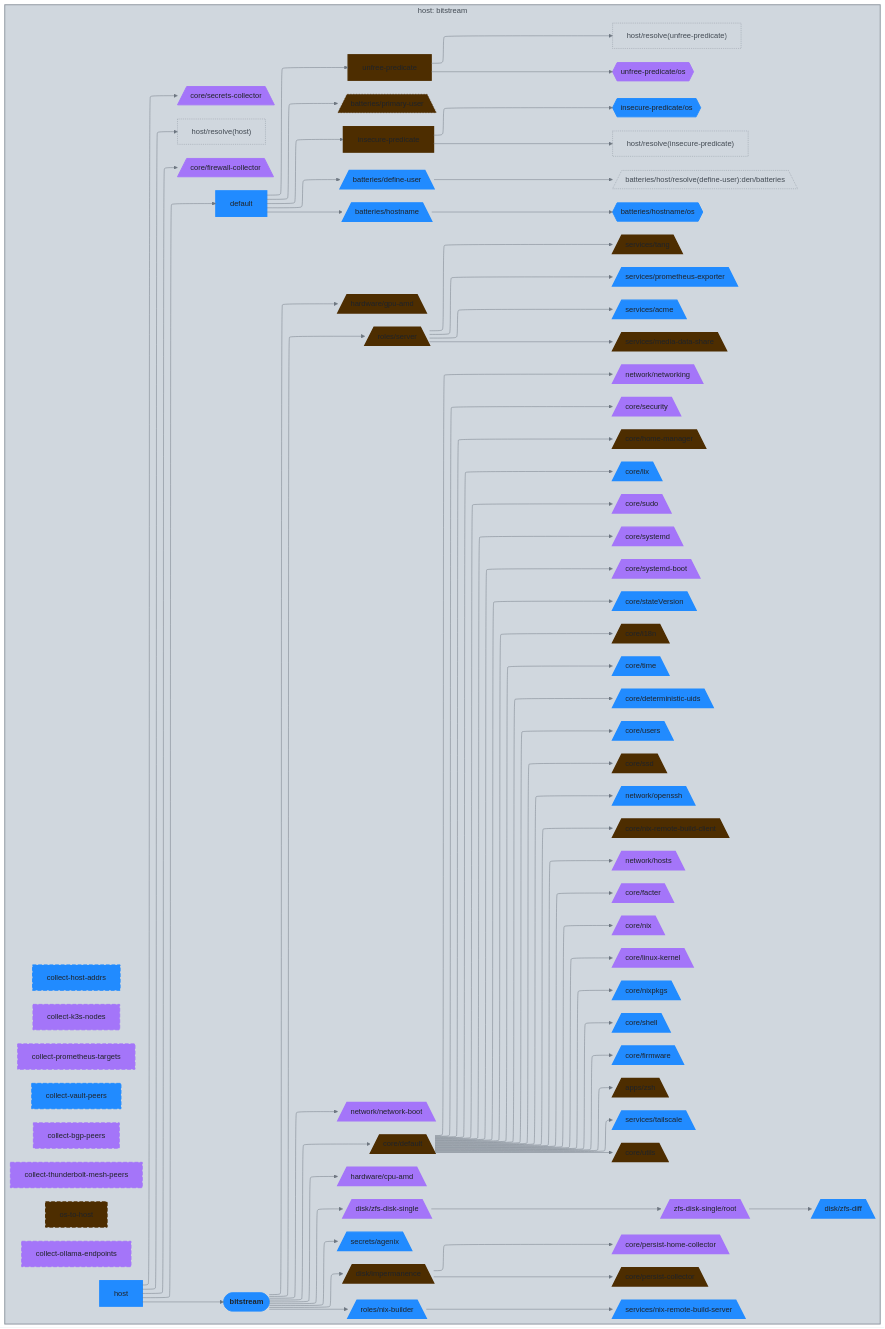
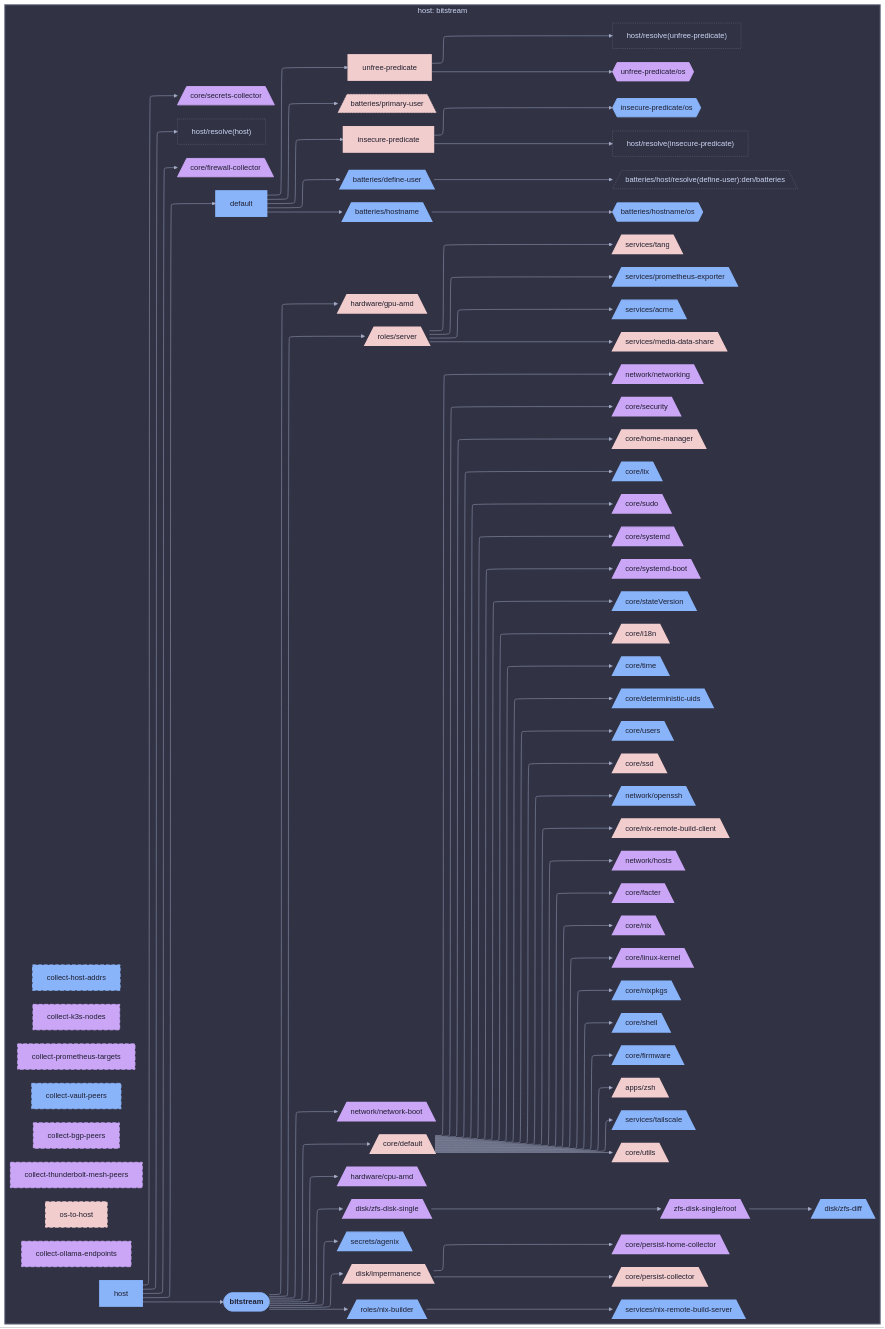
One commit to sini/nix-config changed the diagram in diagrams/hosts/bitstream/dag.md. Above: the diagram before and after it, drawn with Mermaid. The commit also changed 142 other files, not shown here.

First line of the commit message:
feat(diagrams): use projectScope for per-host/user views

````diff
--- a/diagrams/hosts/bitstream/dag.md
+++ b/diagrams/hosts/bitstream/dag.md
@@ -5,5 +5,5 @@
 ```mermaid
-%%{init: {"elk":{"mergeEdges":true,"nodePlacementStrategy":"BRANDES_KOEPF"},"flowchart":{"wrappingWidth":600},"layout":"elk","theme":"base","themeVariables":{"activationBkgColor":"#d0d7de","activationBorderColor":"#8c959f","actorBkg":"#d0d7de","actorBorder":"#6e7781","actorLineColor":"#6e7781","actorTextColor":"#424a53","background":"#eaeef2","classText":"#424a53","clusterBkg":"#d0d7de","clusterBorder":"#8c959f","edgeLabelBackground":"#eaeef2","labelBoxBkgColor":"#d0d7de","labelBoxBorderColor":"#6e7781","labelTextColor":"#424a53","lineColor":"#6e7781","loopTextColor":"#424a53","mainBkg":"#d0d7de","nodeBkg":"#d0d7de","nodeBorder":"#6e7781","nodeTextColor":"#424a53","noteBkgColor":"#d0d7de","noteBorderColor":"#8c959f","noteTextColor":"#424a53","pie1":"#fa4549","pie2":"#e16f24","pie3":"#bf8700","pie4":"#2da44e","pie5":"#339D9B","pie6":"#218bff","pie7":"#a475f9","pie8":"#4d2d00","pieLegendTextColor":"#424a53","pieOuterStrokeColor":"#8c959f","pieSectionTextColor":"#424a53","pieStrokeColor":"#8c959f","pieTitleTextColor":"#424a53","primaryBorderColor":"#6e7781","primaryColor":"#d0d7de","primaryTextColor":"#424a53","secondBkg":"#d0d7de","secondaryBorderColor":"#8c959f","secondaryColor":"#d0d7de","secondaryTextColor":"#424a53","sequenceNumberColor":"#eaeef2","signalColor":"#6e7781","signalTextColor":"#424a53","tertiaryBorderColor":"#8c959f","tertiaryColor":"#d0d7de","tertiaryTextColor":"#424a53","textColor":"#424a53","titleColor":"#424a53"}}}%%
+%%{init: {"elk":{"mergeEdges":true,"nodePlacementStrategy":"BRANDES_KOEPF"},"flowchart":{"wrappingWidth":600},"layout":"elk","theme":"base","themeVariables":{"activationBkgColor":"#313244","activationBorderColor":"#6c7086","actorBkg":"#313244","actorBorder":"#a6adc8","actorLineColor":"#a6adc8","actorTextColor":"#cdd6f4","background":"#1e1e2e","classText":"#cdd6f4","clusterBkg":"#313244","clusterBorder":"#6c7086","edgeLabelBackground":"#1e1e2e","labelBoxBkgColor":"#313244","labelBoxBorderColor":"#a6adc8","labelTextColor":"#cdd6f4","lineColor":"#a6adc8","loopTextColor":"#cdd6f4","mainBkg":"#313244","nodeBkg":"#313244","nodeBorder":"#a6adc8","nodeTextColor":"#cdd6f4","noteBkgColor":"#313244","noteBorderColor":"#6c7086","noteTextColor":"#cdd6f4","pie1":"#f38ba8","pie2":"#fab387","pie3":"#f9e2af","pie4":"#a6e3a1","pie5":"#94e2d5","pie6":"#89b4fa","pie7":"#cba6f7","pie8":"#f2cdcd","pieLegendTextColor":"#cdd6f4","pieOuterStrokeColor":"#6c7086","pieSectionTextColor":"#cdd6f4","pieStrokeColor":"#6c7086","pieTitleTextColor":"#cdd6f4","primaryBorderColor":"#a6adc8","primaryColor":"#313244","primaryTextColor":"#cdd6f4","secondBkg":"#313244","secondaryBorderColor":"#6c7086","secondaryColor":"#313244","secondaryTextColor":"#cdd6f4","sequenceNumberColor":"#1e1e2e","signalColor":"#a6adc8","signalTextColor":"#cdd6f4","tertiaryBorderColor":"#6c7086","tertiaryColor":"#313244","tertiaryTextColor":"#cdd6f4","textColor":"#cdd6f4","titleColor":"#cdd6f4"}}}%%
 graph LR
   bitstream([bitstream]):::root
 
@@ -137,82 +137,82 @@
   end
 
 
-  classDef root fill:#218bff,stroke:#218bff,color:#1f2328,font-weight:bold
-  classDef services__acme_c fill:#218bff,stroke:#218bff,color:#1f2328,stroke-width:3px
-  classDef secrets__agenix_c fill:#218bff,stroke:#218bff,color:#1f2328,stroke-width:3px
-  classDef apps_c fill:#2da44e,stroke:#2da44e,color:#1f2328,stroke-dasharray: 3 3,stroke-width:1px
-  classDef bitstream_c fill:#a475f9,stroke:#a475f9,color:#1f2328,stroke-width:3px
-  classDef collect_bgp_peers_c fill:#a475f9,stroke:#a475f9,color:#1f2328,stroke-width:2px,stroke-dasharray: 8 4
-  classDef collect_host_addrs_c fill:#218bff,stroke:#218bff,color:#1f2328,stroke-width:2px,stroke-dasharray: 8 4
-  classDef collect_k3s_nodes_c fill:#a475f9,stroke:#a475f9,color:#1f2328,stroke-width:2px,stroke-dasharray: 8 4
-  classDef collect_ollama_endpoints_c fill:#a475f9,stroke:#a475f9,color:#1f2328,stroke-width:2px,stroke-dasharray: 8 4
-  classDef collect_prometheus_targets_c fill:#a475f9,stroke:#a475f9,color:#1f2328,stroke-width:2px,stroke-dasharray: 8 4
-  classDef collect_thunderbolt_mesh_peers_c fill:#a475f9,stroke:#a475f9,color:#1f2328,stroke-width:2px,stroke-dasharray: 8 4
-  classDef collect_vault_peers_c fill:#218bff,stroke:#218bff,color:#1f2328,stroke-width:2px,stroke-dasharray: 8 4
-  classDef core_c fill:#bf8700,stroke:#bf8700,color:#1f2328,stroke-dasharray: 3 3,stroke-width:1px
-  classDef hardware__cpu_amd_c fill:#a475f9,stroke:#a475f9,color:#1f2328,stroke-width:3px
-  classDef core__default_c fill:#4d2d00,stroke:#4d2d00,color:#1f2328,stroke-width:3px
-  classDef n_default_c fill:#218bff,stroke:#218bff,color:#1f2328,stroke-width:3px
-  classDef den__batteries__define_user_c fill:#218bff,stroke:#218bff,color:#1f2328,stroke-width:3px
-  classDef core__deterministic_uids_c fill:#218bff,stroke:#218bff,color:#1f2328,stroke-width:3px
-  classDef disk_c fill:#2da44e,stroke:#2da44e,color:#1f2328,stroke-dasharray: 3 3,stroke-width:1px
-  classDef core__facter_c fill:#a475f9,stroke:#a475f9,color:#1f2328,stroke-width:3px
-  classDef core__firewall_collector_c fill:#a475f9,stroke:#a475f9,color:#1f2328,stroke-width:2px
-  classDef core__firmware_c fill:#218bff,stroke:#218bff,color:#1f2328,stroke-width:3px
-  classDef hardware__gpu_amd_c fill:#4d2d00,stroke:#4d2d00,color:#1f2328,stroke-width:3px
-  classDef hardware_c fill:#2da44e,stroke:#2da44e,color:#1f2328,stroke-dasharray: 3 3,stroke-width:1px
-  classDef core__home_manager_c fill:#4d2d00,stroke:#4d2d00,color:#1f2328,stroke-width:3px
-  classDef host_c fill:#218bff,stroke:#218bff,color:#1f2328,stroke-width:3px
-  classDef den__batteries__host__resolve_define_user__den__batteries_c fill:#d0d7de,stroke:#8c959f,color:#424a53,stroke-dasharray: 2 2,stroke-width:1px
-  classDef host__resolve_host__c fill:#d0d7de,stroke:#8c959f,color:#424a53,stroke-dasharray: 2 2,stroke-width:1px
-  classDef host__resolve_insecure_predicate__c fill:#d0d7de,stroke:#8c959f,color:#424a53,stroke-dasharray: 2 2,stroke-width:1px
-  classDef host__resolve_unfree_predicate__c fill:#d0d7de,stroke:#8c959f,color:#424a53,stroke-dasharray: 2 2,stroke-width:1px
-  classDef den__batteries__hostname_c fill:#218bff,stroke:#218bff,color:#1f2328,stroke-width:3px
-  classDef den__batteries__hostname__os_c fill:#218bff,stroke:#218bff,color:#1f2328,stroke-width:2px
-  classDef network__hosts_c fill:#a475f9,stroke:#a475f9,color:#1f2328,stroke-width:3px
-  classDef core__i18n_c fill:#4d2d00,stroke:#4d2d00,color:#1f2328,stroke-width:3px
-  classDef disk__impermanence_c fill:#4d2d00,stroke:#4d2d00,color:#1f2328,stroke-width:3px
-  classDef insecure_predicate_c fill:#4d2d00,stroke:#4d2d00,color:#1f2328,stroke-width:3px
-  classDef insecure_predicate__os_c fill:#218bff,stroke:#218bff,color:#1f2328,stroke-width:2px
-  classDef core__linux_kernel_c fill:#a475f9,stroke:#a475f9,color:#1f2328,stroke-width:3px
-  classDef core__lix_c fill:#218bff,stroke:#218bff,color:#1f2328,stroke-width:3px
-  classDef services__media_data_share_c fill:#4d2d00,stroke:#4d2d00,color:#1f2328,stroke-width:3px
-  classDef network_c fill:#e16f24,stroke:#e16f24,color:#1f2328,stroke-dasharray: 3 3,stroke-width:1px
-  classDef network__network_boot_c fill:#a475f9,stroke:#a475f9,color:#1f2328,stroke-width:3px
-  classDef network__networking_c fill:#a475f9,stroke:#a475f9,color:#1f2328,stroke-width:3px
-  classDef core__nix_c fill:#a475f9,stroke:#a475f9,color:#1f2328,stroke-width:3px
-  classDef roles__nix_builder_c fill:#218bff,stroke:#218bff,color:#1f2328,stroke-width:3px
-  classDef core__nix_remote_build_client_c fill:#4d2d00,stroke:#4d2d00,color:#1f2328,stroke-width:3px
-  classDef services__nix_remote_build_server_c fill:#218bff,stroke:#218bff,color:#1f2328,stroke-width:3px
-  classDef core__nixpkgs_c fill:#218bff,stroke:#218bff,color:#1f2328,stroke-width:3px
-  classDef network__openssh_c fill:#218bff,stroke:#218bff,color:#1f2328,stroke-width:3px
-  classDef os_to_host_c fill:#4d2d00,stroke:#4d2d00,color:#1f2328,stroke-width:2px,stroke-dasharray: 8 4
-  classDef core__persist_collector_c fill:#4d2d00,stroke:#4d2d00,color:#1f2328,stroke-width:3px
-  classDef core__persist_home_collector_c fill:#a475f9,stroke:#a475f9,color:#1f2328,stroke-width:3px
-  classDef den__batteries__primary_user_c fill:#4d2d00,stroke:#4d2d00,color:#1f2328,stroke-dasharray: 3 3,stroke-width:1px
-  classDef services__prometheus_exporter_c fill:#218bff,stroke:#218bff,color:#1f2328,stroke-width:3px
-  classDef roles_c fill:#2da44e,stroke:#2da44e,color:#1f2328,stroke-dasharray: 3 3,stroke-width:1px
-  classDef disk__zfs_disk_single__root_c fill:#a475f9,stroke:#a475f9,color:#1f2328,stroke-width:3px
-  classDef secrets_c fill:#bf8700,stroke:#bf8700,color:#1f2328,stroke-dasharray: 3 3,stroke-width:1px
-  classDef core__secrets_collector_c fill:#a475f9,stroke:#a475f9,color:#1f2328,stroke-width:2px
-  classDef core__security_c fill:#a475f9,stroke:#a475f9,color:#1f2328,stroke-width:3px
-  classDef roles__server_c fill:#4d2d00,stroke:#4d2d00,color:#1f2328,stroke-width:3px
-  classDef services_c fill:#2da44e,stroke:#2da44e,color:#1f2328,stroke-dasharray: 3 3,stroke-width:1px
-  classDef core__shell_c fill:#218bff,stroke:#218bff,color:#1f2328,stroke-width:3px
-  classDef core__ssd_c fill:#4d2d00,stroke:#4d2d00,color:#1f2328,stroke-width:3px
-  classDef core__stateVersion_c fill:#218bff,stroke:#218bff,color:#1f2328,stroke-width:3px
-  classDef core__sudo_c fill:#a475f9,stroke:#a475f9,color:#1f2328,stroke-width:3px
-  classDef core__systemd_c fill:#a475f9,stroke:#a475f9,color:#1f2328,stroke-width:3px
-  classDef core__systemd_boot_c fill:#a475f9,stroke:#a475f9,color:#1f2328,stroke-width:3px
-  classDef services__tailscale_c fill:#218bff,stroke:#218bff,color:#1f2328,stroke-width:3px
-  classDef services__tang_c fill:#4d2d00,stroke:#4d2d00,color:#1f2328,stroke-width:3px
-  classDef core__time_c fill:#218bff,stroke:#218bff,color:#1f2328,stroke-width:3px
-  classDef unfree_predicate_c fill:#4d2d00,stroke:#4d2d00,color:#1f2328,stroke-width:3px
-  classDef unfree_predicate__os_c fill:#a475f9,stroke:#a475f9,color:#1f2328,stroke-width:2px
-  classDef core__users_c fill:#218bff,stroke:#218bff,color:#1f2328,stroke-width:3px
-  classDef core__utils_c fill:#4d2d00,stroke:#4d2d00,color:#1f2328,stroke-width:3px
-  classDef disk__zfs_diff_c fill:#218bff,stroke:#218bff,color:#1f2328,stroke-width:3px
-  classDef disk__zfs_disk_single_c fill:#a475f9,stroke:#a475f9,color:#1f2328,stroke-width:3px
-  classDef apps__zsh_c fill:#4d2d00,stroke:#4d2d00,color:#1f2328,stroke-width:3px
-style ctx_host_bitstream fill:#d0d7de,stroke:#8c959f,stroke-width:2px
+  classDef root fill:#89b4fa,stroke:#89b4fa,color:#1e1e2e,font-weight:bold
+  classDef services__acme_c fill:#89b4fa,stroke:#89b4fa,color:#1e1e2e,stroke-width:3px
+  classDef secrets__agenix_c fill:#89b4fa,stroke:#89b4fa,color:#1e1e2e,stroke-width:3px
+  classDef apps_c fill:#a6e3a1,stroke:#a6e3a1,color:#1e1e2e,stroke-dasharray: 3 3,stroke-width:1px
+  classDef bitstream_c fill:#cba6f7,stroke:#cba6f7,color:#1e1e2e,stroke-width:3px
+  classDef collect_bgp_peers_c fill:#cba6f7,stroke:#cba6f7,color:#1e1e2e,stroke-width:2px,stroke-dasharray: 8 4
+  classDef collect_host_addrs_c fill:#89b4fa,stroke:#89b4fa,color:#1e1e2e,stroke-width:2px,stroke-dasharray: 8 4
+  classDef collect_k3s_nodes_c fill:#cba6f7,stroke:#cba6f7,color:#1e1e2e,stroke-width:2px,stroke-dasharray: 8 4
+  classDef collect_ollama_endpoints_c fill:#cba6f7,stroke:#cba6f7,color:#1e1e2e,stroke-width:2px,stroke-dasharray: 8 4
+  classDef collect_prometheus_targets_c fill:#cba6f7,stroke:#cba6f7,color:#1e1e2e,stroke-width:2px,stroke-dasharray: 8 4
+  classDef collect_thunderbolt_mesh_peers_c fill:#cba6f7,stroke:#cba6f7,color:#1e1e2e,stroke-width:2px,stroke-dasharray: 8 4
+  classDef collect_vault_peers_c fill:#89b4fa,stroke:#89b4fa,color:#1e1e2e,stroke-width:2px,stroke-dasharray: 8 4
+  classDef core_c fill:#f9e2af,stroke:#f9e2af,color:#1e1e2e,stroke-dasharray: 3 3,stroke-width:1px
+  classDef hardware__cpu_amd_c fill:#cba6f7,stroke:#cba6f7,color:#1e1e2e,stroke-width:3px
+  classDef core__default_c fill:#f2cdcd,stroke:#f2cdcd,color:#1e1e2e,stroke-width:3px
+  classDef n_default_c fill:#89b4fa,stroke:#89b4fa,color:#1e1e2e,stroke-width:3px
+  classDef den__batteries__define_user_c fill:#89b4fa,stroke:#89b4fa,color:#1e1e2e,stroke-width:3px
+  classDef core__deterministic_uids_c fill:#89b4fa,stroke:#89b4fa,color:#1e1e2e,stroke-width:3px
+  classDef disk_c fill:#a6e3a1,stroke:#a6e3a1,color:#1e1e2e,stroke-dasharray: 3 3,stroke-width:1px
+  classDef core__facter_c fill:#cba6f7,stroke:#cba6f7,color:#1e1e2e,stroke-width:3px
+  classDef core__firewall_collector_c fill:#cba6f7,stroke:#cba6f7,color:#1e1e2e,stroke-width:2px
+  classDef core__firmware_c fill:#89b4fa,stroke:#89b4fa,color:#1e1e2e,stroke-width:3px
+  classDef hardware__gpu_amd_c fill:#f2cdcd,stroke:#f2cdcd,color:#1e1e2e,stroke-width:3px
+  classDef hardware_c fill:#a6e3a1,stroke:#a6e3a1,color:#1e1e2e,stroke-dasharray: 3 3,stroke-width:1px
+  classDef core__home_manager_c fill:#f2cdcd,stroke:#f2cdcd,color:#1e1e2e,stroke-width:3px
+  classDef host_c fill:#89b4fa,stroke:#89b4fa,color:#1e1e2e,stroke-width:3px
+  classDef den__batteries__host__resolve_define_user__den__batteries_c fill:#313244,stroke:#6c7086,color:#cdd6f4,stroke-dasharray: 2 2,stroke-width:1px
+  classDef host__resolve_host__c fill:#313244,stroke:#6c7086,color:#cdd6f4,stroke-dasharray: 2 2,stroke-width:1px
+  classDef host__resolve_insecure_predicate__c fill:#313244,stroke:#6c7086,color:#cdd6f4,stroke-dasharray: 2 2,stroke-width:1px
+  classDef host__resolve_unfree_predicate__c fill:#313244,stroke:#6c7086,color:#cdd6f4,stroke-dasharray: 2 2,stroke-width:1px
+  classDef den__batteries__hostname_c fill:#89b4fa,stroke:#89b4fa,color:#1e1e2e,stroke-width:3px
+  classDef den__batteries__hostname__os_c fill:#89b4fa,stroke:#89b4fa,color:#1e1e2e,stroke-width:2px
+  classDef network__hosts_c fill:#cba6f7,stroke:#cba6f7,color:#1e1e2e,stroke-width:3px
+  classDef core__i18n_c fill:#f2cdcd,stroke:#f2cdcd,color:#1e1e2e,stroke-width:3px
+  classDef disk__impermanence_c fill:#f2cdcd,stroke:#f2cdcd,color:#1e1e2e,stroke-width:3px
+  classDef insecure_predicate_c fill:#f2cdcd,stroke:#f2cdcd,color:#1e1e2e,stroke-width:3px
+  classDef insecure_predicate__os_c fill:#89b4fa,stroke:#89b4fa,color:#1e1e2e,stroke-width:2px
+  classDef core__linux_kernel_c fill:#cba6f7,stroke:#cba6f7,color:#1e1e2e,stroke-width:3px
+  classDef core__lix_c fill:#89b4fa,stroke:#89b4fa,color:#1e1e2e,stroke-width:3px
+  classDef services__media_data_share_c fill:#f2cdcd,stroke:#f2cdcd,color:#1e1e2e,stroke-width:3px
+  classDef network_c fill:#fab387,stroke:#fab387,color:#1e1e2e,stroke-dasharray: 3 3,stroke-width:1px
+  classDef network__network_boot_c fill:#cba6f7,stroke:#cba6f7,color:#1e1e2e,stroke-width:3px
+  classDef network__networking_c fill:#cba6f7,stroke:#cba6f7,color:#1e1e2e,stroke-width:3px
+  classDef core__nix_c fill:#cba6f7,stroke:#cba6f7,color:#1e1e2e,stroke-width:3px
+  classDef roles__nix_builder_c fill:#89b4fa,stroke:#89b4fa,color:#1e1e2e,stroke-width:3px
+  classDef core__nix_remote_build_client_c fill:#f2cdcd,stroke:#f2cdcd,color:#1e1e2e,stroke-width:3px
+  classDef services__nix_remote_build_server_c fill:#89b4fa,stroke:#89b4fa,color:#1e1e2e,stroke-width:3px
+  classDef core__nixpkgs_c fill:#89b4fa,stroke:#89b4fa,color:#1e1e2e,stroke-width:3px
+  classDef network__openssh_c fill:#89b4fa,stroke:#89b4fa,color:#1e1e2e,stroke-width:3px
+  classDef os_to_host_c fill:#f2cdcd,stroke:#f2cdcd,color:#1e1e2e,stroke-width:2px,stroke-dasharray: 8 4
+  classDef core__persist_collector_c fill:#f2cdcd,stroke:#f2cdcd,color:#1e1e2e,stroke-width:3px
+  classDef core__persist_home_collector_c fill:#cba6f7,stroke:#cba6f7,color:#1e1e2e,stroke-width:3px
+  classDef den__batteries__primary_user_c fill:#f2cdcd,stroke:#f2cdcd,color:#1e1e2e,stroke-dasharray: 3 3,stroke-width:1px
+  classDef services__prometheus_exporter_c fill:#89b4fa,stroke:#89b4fa,color:#1e1e2e,stroke-width:3px
+  classDef roles_c fill:#a6e3a1,stroke:#a6e3a1,color:#1e1e2e,stroke-dasharray: 3 3,stroke-width:1px
+  classDef disk__zfs_disk_single__root_c fill:#cba6f7,stroke:#cba6f7,color:#1e1e2e,stroke-width:3px
+  classDef secrets_c fill:#f9e2af,stroke:#f9e2af,color:#1e1e2e,stroke-dasharray: 3 3,stroke-width:1px
+  classDef core__secrets_collector_c fill:#cba6f7,stroke:#cba6f7,color:#1e1e2e,stroke-width:2px
+  classDef core__security_c fill:#cba6f7,stroke:#cba6f7,color:#1e1e2e,stroke-width:3px
+  classDef roles__server_c fill:#f2cdcd,stroke:#f2cdcd,color:#1e1e2e,stroke-width:3px
+  classDef services_c fill:#a6e3a1,stroke:#a6e3a1,color:#1e1e2e,stroke-dasharray: 3 3,stroke-width:1px
+  classDef core__shell_c fill:#89b4fa,stroke:#89b4fa,color:#1e1e2e,stroke-width:3px
+  classDef core__ssd_c fill:#f2cdcd,stroke:#f2cdcd,color:#1e1e2e,stroke-width:3px
+  classDef core__stateVersion_c fill:#89b4fa,stroke:#89b4fa,color:#1e1e2e,stroke-width:3px
+  classDef core__sudo_c fill:#cba6f7,stroke:#cba6f7,color:#1e1e2e,stroke-width:3px
+  classDef core__systemd_c fill:#cba6f7,stroke:#cba6f7,color:#1e1e2e,stroke-width:3px
+  classDef core__systemd_boot_c fill:#cba6f7,stroke:#cba6f7,color:#1e1e2e,stroke-width:3px
+  classDef services__tailscale_c fill:#89b4fa,stroke:#89b4fa,color:#1e1e2e,stroke-width:3px
+  classDef services__tang_c fill:#f2cdcd,stroke:#f2cdcd,color:#1e1e2e,stroke-width:3px
+  classDef core__time_c fill:#89b4fa,stroke:#89b4fa,color:#1e1e2e,stroke-width:3px
+  classDef unfree_predicate_c fill:#f2cdcd,stroke:#f2cdcd,color:#1e1e2e,stroke-width:3px
+  classDef unfree_predicate__os_c fill:#cba6f7,stroke:#cba6f7,color:#1e1e2e,stroke-width:2px
+  classDef core__users_c fill:#89b4fa,stroke:#89b4fa,color:#1e1e2e,stroke-width:3px
+  classDef core__utils_c fill:#f2cdcd,stroke:#f2cdcd,color:#1e1e2e,stroke-width:3px
+  classDef disk__zfs_diff_c fill:#89b4fa,stroke:#89b4fa,color:#1e1e2e,stroke-width:3px
+  classDef disk__zfs_disk_single_c fill:#cba6f7,stroke:#cba6f7,color:#1e1e2e,stroke-width:3px
+  classDef apps__zsh_c fill:#f2cdcd,stroke:#f2cdcd,color:#1e1e2e,stroke-width:3px
+style ctx_host_bitstream fill:#313244,stroke:#6c7086,stroke-width:2px
 ```
````
